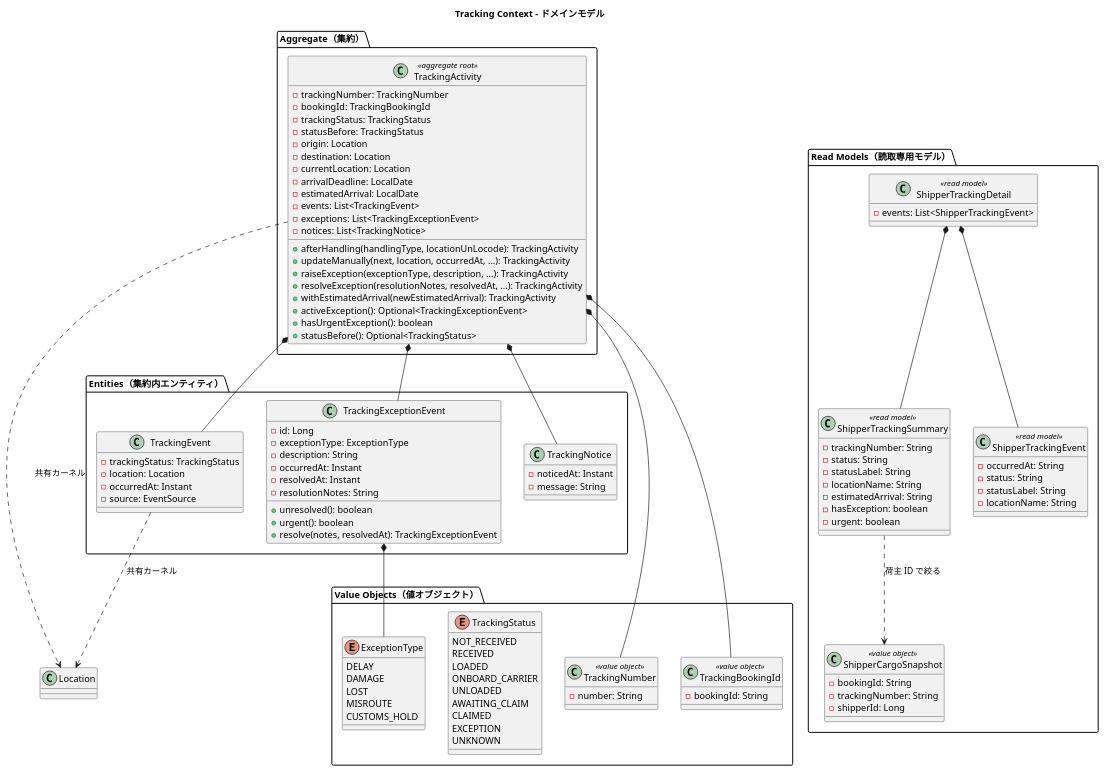
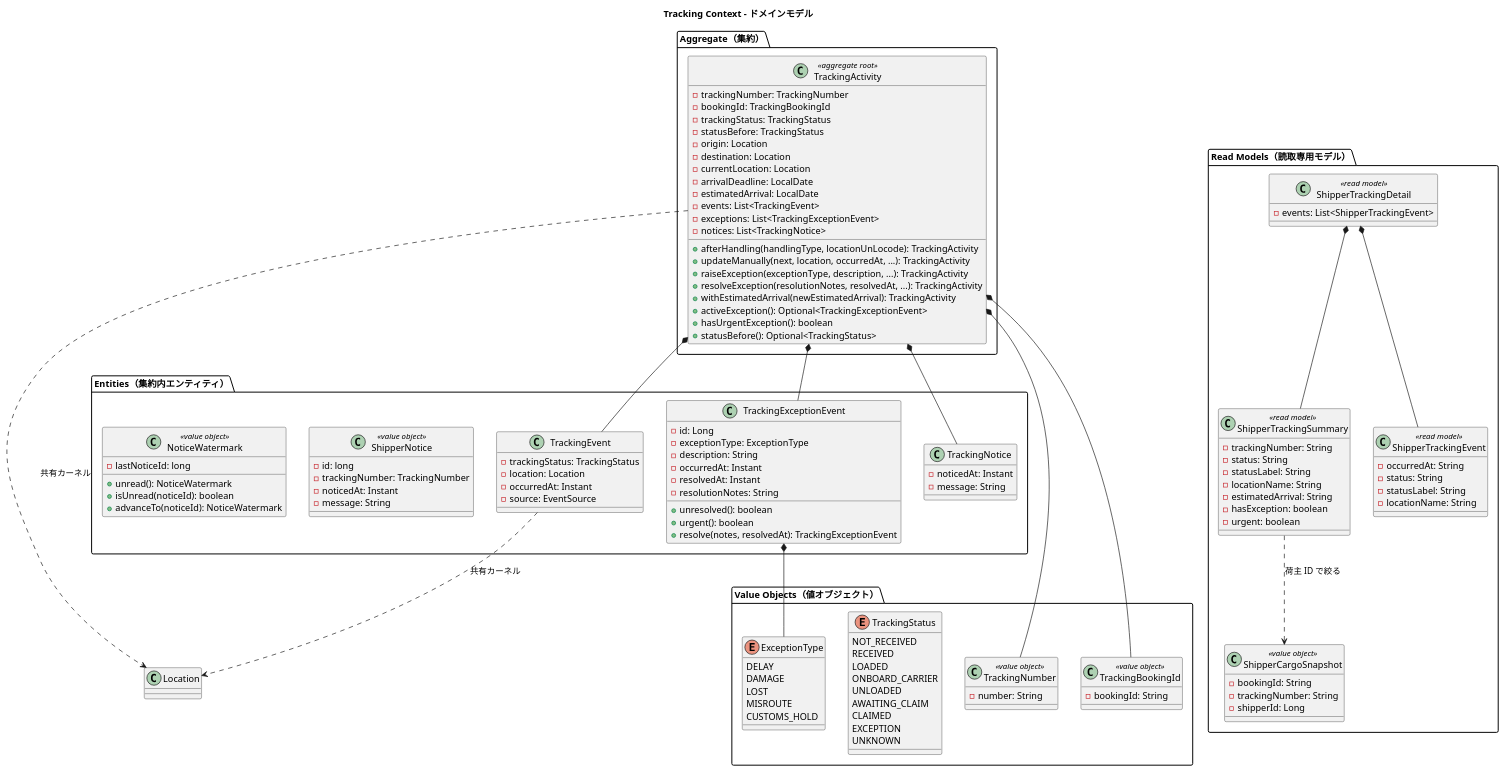
Before and after one commit to k2works/case-study-cargo-tracker: the sixth of 10 diagrams in docs/design/domain-model.md, drawn with PlantUML. The commit also changed other lines of this file and 47 other files, not shown here.

```diff
--- a/docs/design/domain-model.md
+++ b/docs/design/domain-model.md
@@ -950,6 +950,18 @@
   class TrackingNotice {
     -noticedAt: Instant
     -message: String
+  }
+  class ShipperNotice <<value object>> {
+    -id: long
+    -trackingNumber: TrackingNumber
+    -noticedAt: Instant
+    -message: String
+  }
+  class NoticeWatermark <<value object>> {
+    -lastNoticeId: long
+    +unread(): NoticeWatermark
+    +isUnread(noticeId): boolean
+    +advanceTo(noticeId): NoticeWatermark
   }
 }
 
```
